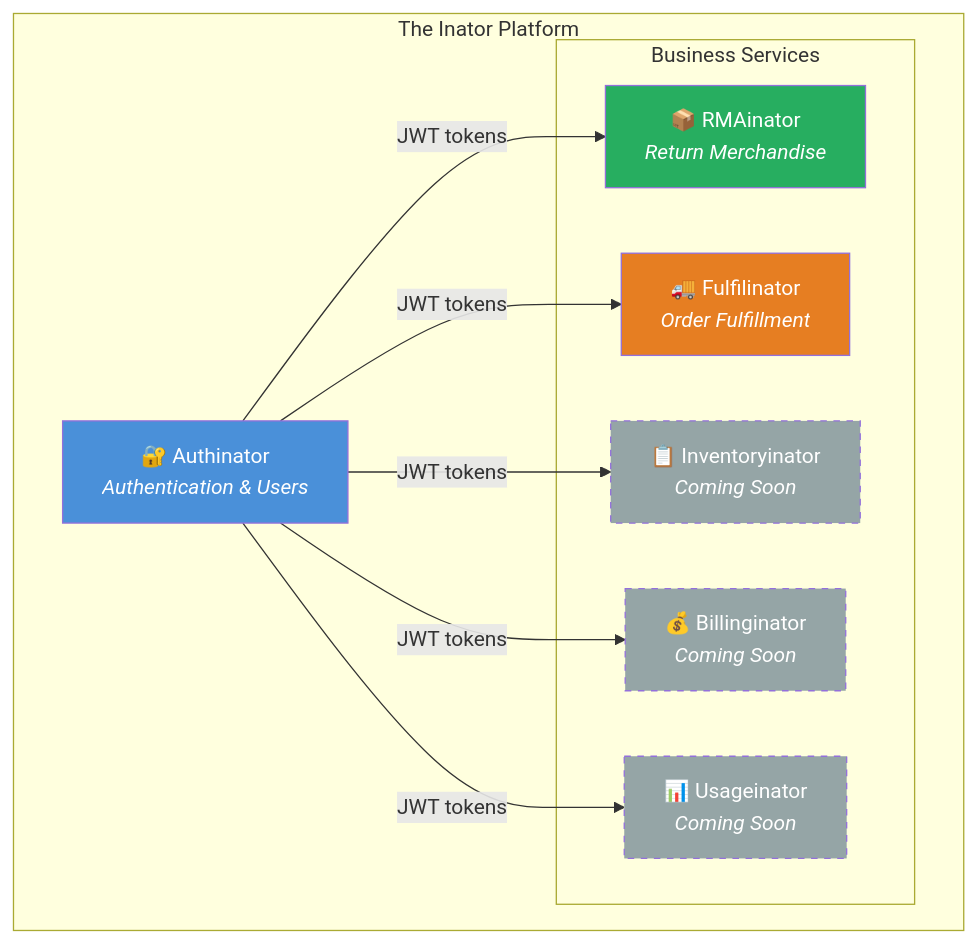
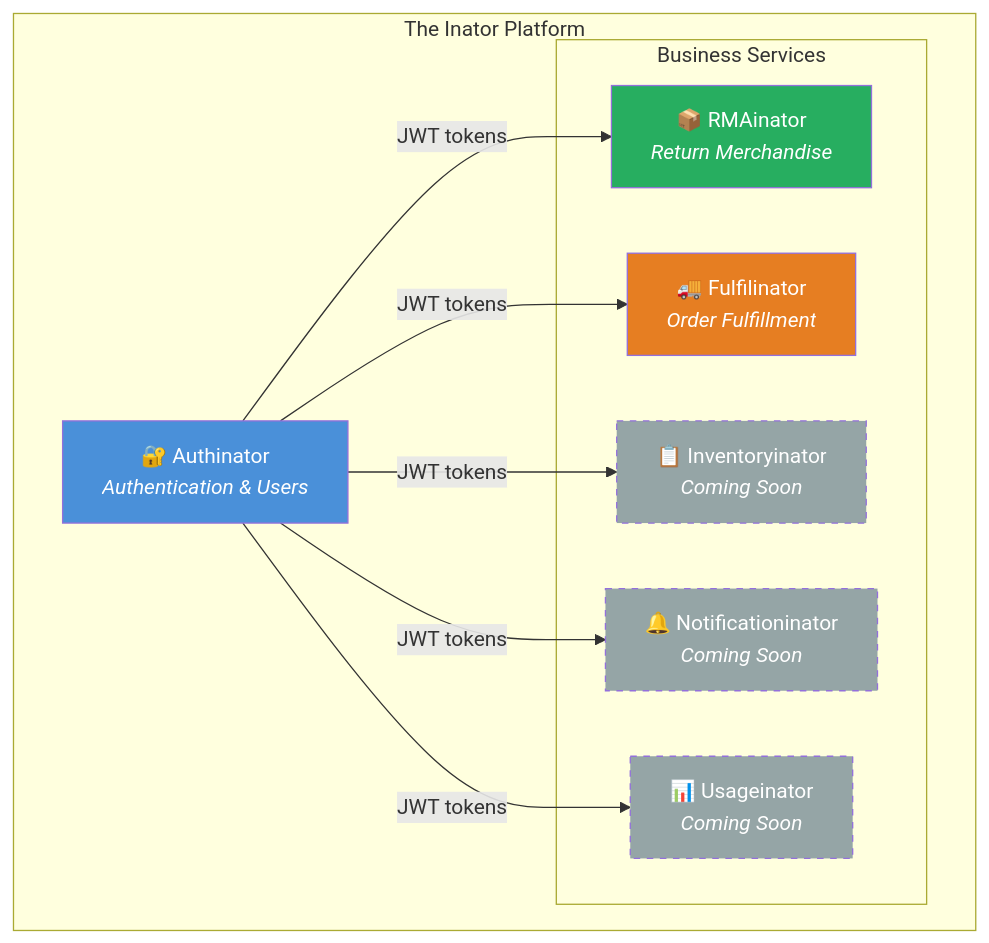
The first of 2 diagrams in README.md (losomode/inator), drawn with Mermaid before and after one commit.

Commit message:
Replace Billinginator with Notificationinator in roadmap

````diff
--- a/README.md
+++ b/README.md
@@ -11,27 +11,27 @@
 ```mermaid
 graph TB
     subgraph "The Inator Platform"
         AUTH[🔐 Authinator<br/><i>Authentication & Users</i>]
 
         subgraph "Business Services"
             RMA[📦 RMAinator<br/><i>Return Merchandise</i>]
             FULFIL[🚚 Fulfilinator<br/><i>Order Fulfillment</i>]
             INV[📋 Inventoryinator<br/><i>Coming Soon</i>]
-            BILL[💰 Billinginator<br/><i>Coming Soon</i>]
+            NOTIF[🔔 Notificationinator<br/><i>Coming Soon</i>]
             USAGE[📊 Usageinator<br/><i>Coming Soon</i>]
         end
     end
 
     AUTH -- JWT tokens --> RMA
     AUTH -- JWT tokens --> FULFIL
     AUTH -- JWT tokens --> INV
-    AUTH -- JWT tokens --> BILL
+    AUTH -- JWT tokens --> NOTIF
     AUTH -- JWT tokens --> USAGE
 
     style AUTH fill:#4a90d9,color:#fff
     style RMA fill:#27ae60,color:#fff
     style FULFIL fill:#e67e22,color:#fff
     style INV fill:#95a5a6,color:#fff,stroke-dasharray: 5 5
-    style BILL fill:#95a5a6,color:#fff,stroke-dasharray: 5 5
+    style NOTIF fill:#95a5a6,color:#fff,stroke-dasharray: 5 5
     style USAGE fill:#95a5a6,color:#fff,stroke-dasharray: 5 5
 ```
````
